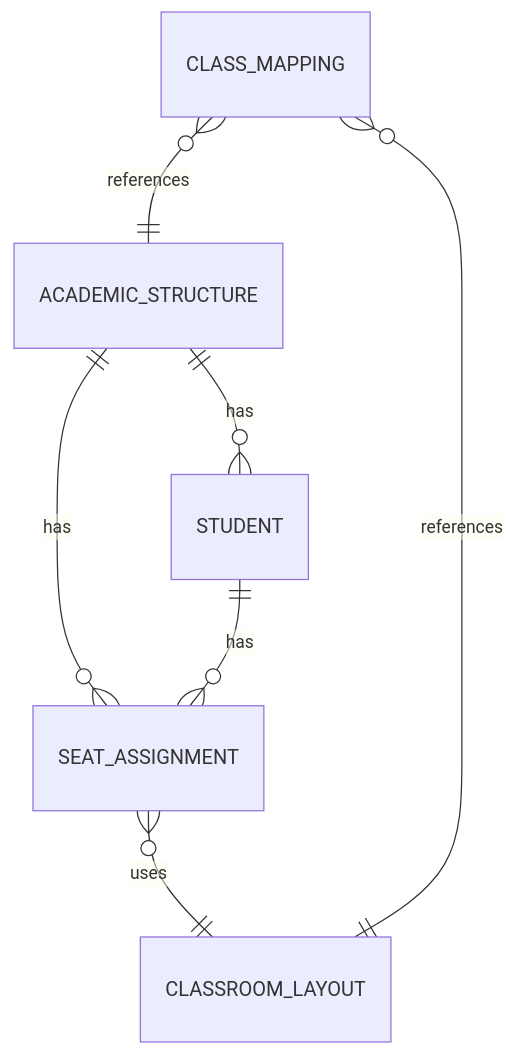
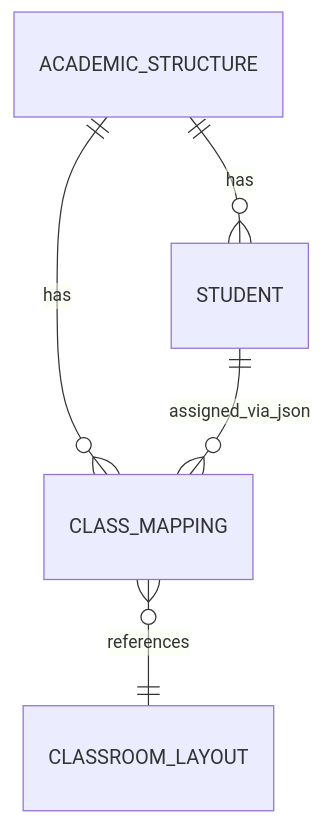
The diagram in seatflow-erd.mmd (keiaa-75/seatflow), drawn with Mermaid before and after one commit. The commit also changed 16 other files, not shown here.

```diff
--- a/seatflow-erd.mmd
+++ b/seatflow-erd.mmd
@@ -1,8 +1,6 @@
 erDiagram
 
-ACADEMIC_STRUCTURE ||--o{ STUDENT : has
-ACADEMIC_STRUCTURE ||--o{ SEAT_ASSIGNMENT : has
-STUDENT ||--o{ SEAT_ASSIGNMENT : has
-SEAT_ASSIGNMENT }o--|| CLASSROOM_LAYOUT : uses
-CLASS_MAPPING }o--|| CLASSROOM_LAYOUT : references
-CLASS_MAPPING }o--|| ACADEMIC_STRUCTURE : references
+    ACADEMIC_STRUCTURE ||--o{ STUDENT : has
+    ACADEMIC_STRUCTURE ||--o{ CLASS_MAPPING : has
+    STUDENT ||--o{ CLASS_MAPPING : assigned_via_json
+    CLASS_MAPPING }o--|| CLASSROOM_LAYOUT : references
```
